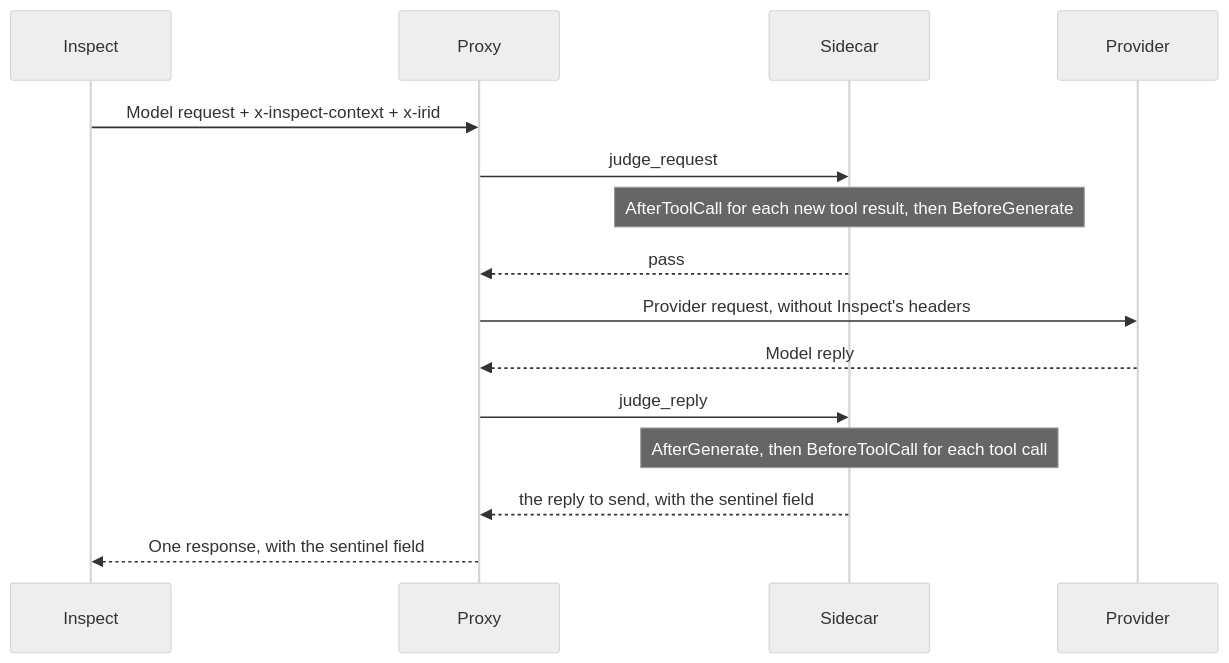
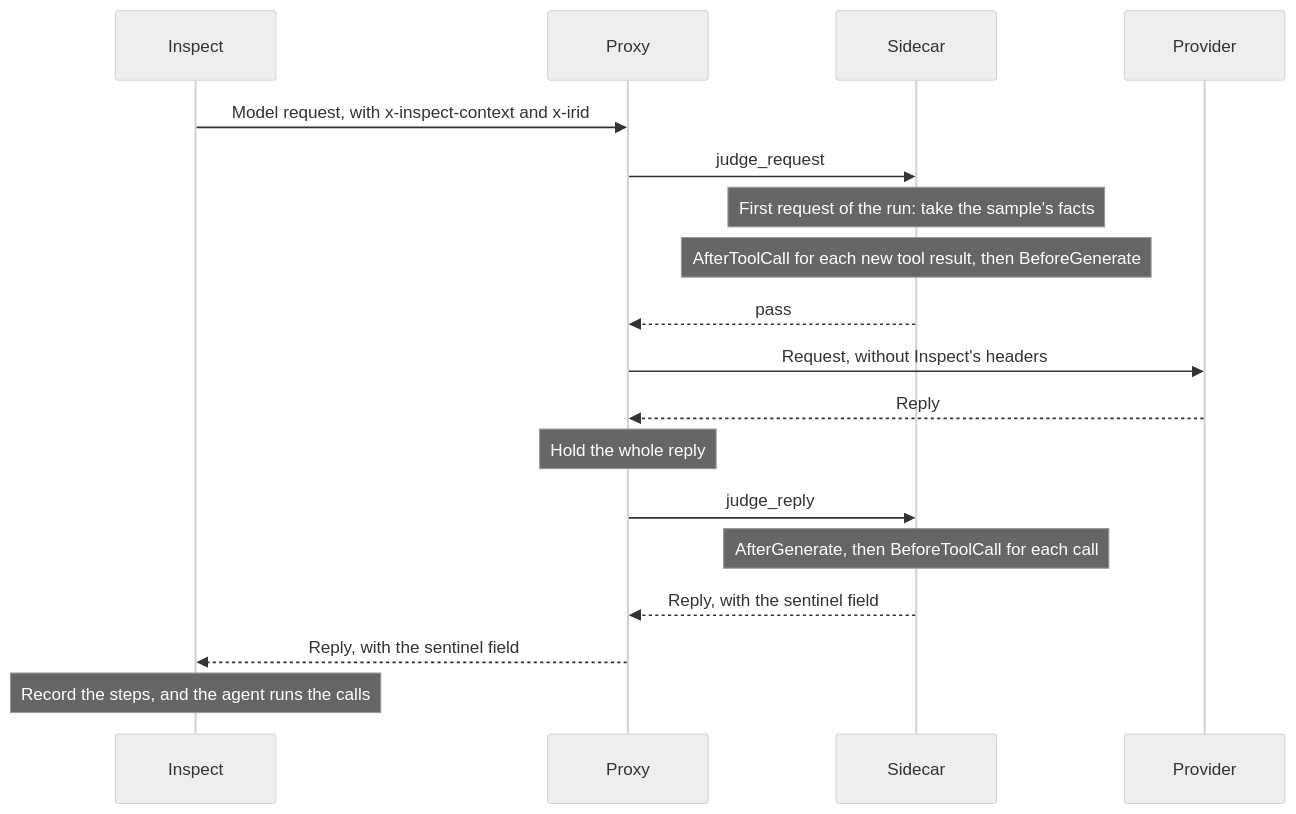
The second of 8 diagrams in design/sidecar.md (meridianlabs-ai/inspect_sentinel), drawn with Mermaid (neutral theme) before and after one commit. The commit also changed other lines of this file, not shown here.

First line of the commit message:
docs: settle the sidecar's wire shapes with Inspect and LiteLLM

````diff
--- a/design/sidecar.md
+++ b/design/sidecar.md
@@ -440,17 +465,20 @@
 ```mermaid
 sequenceDiagram
     participant I as Inspect
     participant P as Proxy
     participant S as Sidecar
     participant M as Provider
-    I->>P: Model request + x-inspect-context + x-irid
+    I->>P: Model request, with x-inspect-context and x-irid
     P->>S: judge_request
+    Note over S: First request of the run: take the sample's facts
     Note over S: AfterToolCall for each new tool result, then BeforeGenerate
     S-->>P: pass
-    P->>M: Provider request, without Inspect's headers
-    M-->>P: Model reply
+    P->>M: Request, without Inspect's headers
+    M-->>P: Reply
+    Note over P: Hold the whole reply
     P->>S: judge_reply
-    Note over S: AfterGenerate, then BeforeToolCall for each tool call
-    S-->>P: the reply to send, with the sentinel field
-    P-->>I: One response, with the sentinel field
+    Note over S: AfterGenerate, then BeforeToolCall for each call
+    S-->>P: Reply, with the sentinel field
+    P-->>I: Reply, with the sentinel field
+    Note over I: Record the steps, and the agent runs the calls
 ```
````
